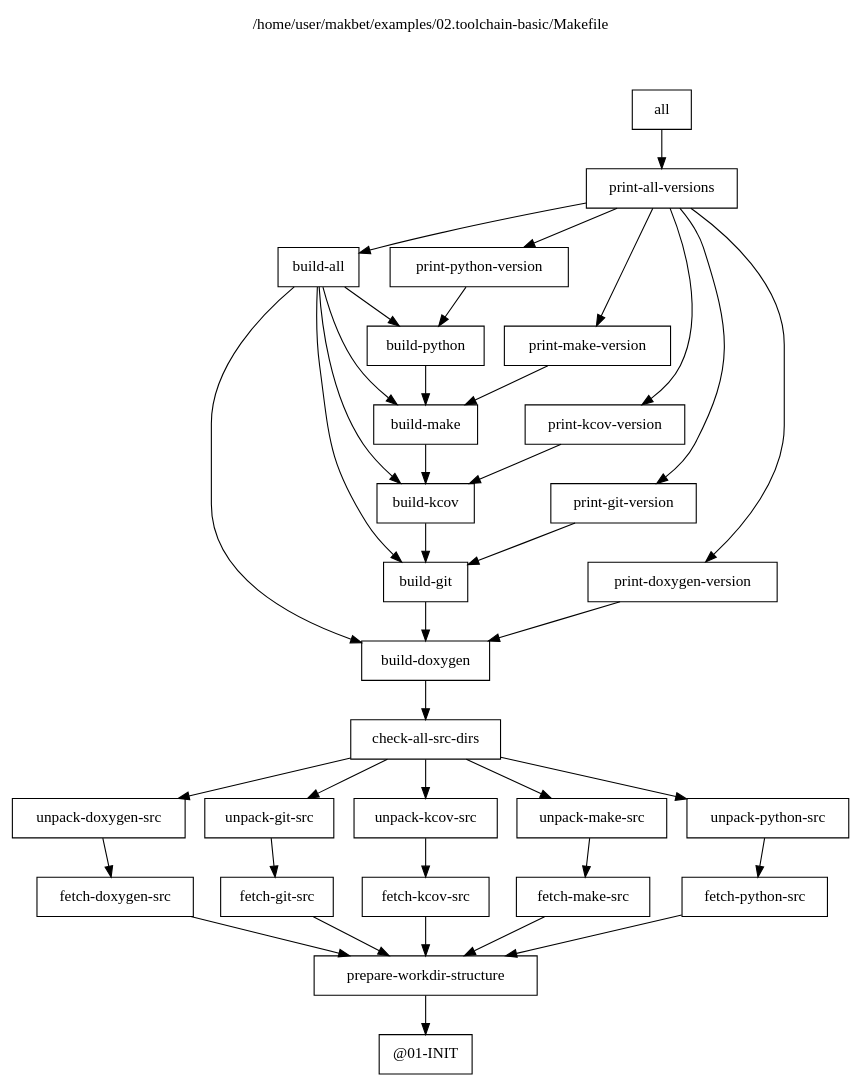
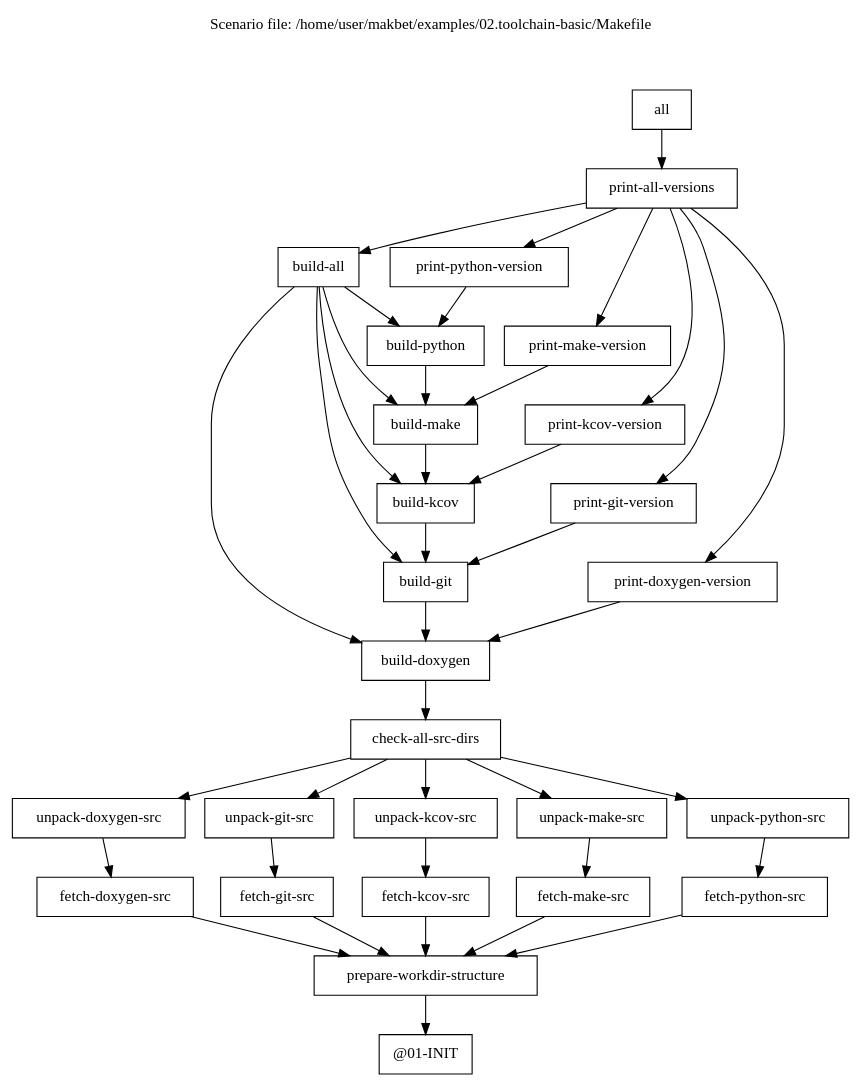
Before and after one commit to skaluzka/makbet: the diagram in docs/examples/02.toolchain-basic/results.dot, drawn with Graphviz. The commit also changed 11 other files, not shown here.

```diff
--- a/docs/examples/02.toolchain-basic/results.dot
+++ b/docs/examples/02.toolchain-basic/results.dot
@@ -1,82 +1,82 @@
 digraph {
 
 // This file has been generated by makbet heads/master-0-g88262d1
 // Generation date: Wed 19 Aug 2020 01:21:07 AM CEST
-// Input: /home/user/makbet/examples/02.toolchain-basic/Makefile
+// Scenario file: /home/user/makbet/examples/02.toolchain-basic/Makefile
 
 // Graph title.
 labelloc="t";
-label="/home/user/makbet/examples/02.toolchain-basic/Makefile\n\n\n\n"
+label="Scenario file: /home/user/makbet/examples/02.toolchain-basic/Makefile\n\n\n\n"
 
 // Node options.
 node [shape=box];
 
 "all" -> "print-all-versions";
 
 "build-all" -> "build-doxygen";
 "build-all" -> "build-git";
 "build-all" -> "build-kcov";
 "build-all" -> "build-make";
 "build-all" -> "build-python";
 
 "build-doxygen" -> "check-all-src-dirs";
 
 "build-git" -> "build-doxygen";
 
 "build-kcov" -> "build-git";
 
 "build-make" -> "build-kcov";
 
 "build-python" -> "build-make";
 
 "check-all-src-dirs" -> "unpack-doxygen-src";
 "check-all-src-dirs" -> "unpack-git-src";
 "check-all-src-dirs" -> "unpack-kcov-src";
 "check-all-src-dirs" -> "unpack-make-src";
 "check-all-src-dirs" -> "unpack-python-src";
 
 "fetch-doxygen-src" -> "prepare-workdir-structure";
 
 "fetch-git-src" -> "prepare-workdir-structure";
 
 "fetch-kcov-src" -> "prepare-workdir-structure";
 
 "fetch-make-src" -> "prepare-workdir-structure";
 
 "fetch-python-src" -> "prepare-workdir-structure";
 
 "@01-INIT";
 
 "prepare-workdir-structure" -> "@01-INIT";
 
 "print-all-versions" -> "build-all";
 "print-all-versions" -> "print-doxygen-version";
 "print-all-versions" -> "print-git-version";
 "print-all-versions" -> "print-kcov-version";
 "print-all-versions" -> "print-make-version";
 "print-all-versions" -> "print-python-version";
 
 "print-doxygen-version" -> "build-doxygen";
 
 "print-git-version" -> "build-git";
 
 "print-kcov-version" -> "build-kcov";
 
 "print-make-version" -> "build-make";
 
 "print-python-version" -> "build-python";
 
 "unpack-doxygen-src" -> "fetch-doxygen-src";
 
 "unpack-git-src" -> "fetch-git-src";
 
 "unpack-kcov-src" -> "fetch-kcov-src";
 
 "unpack-make-src" -> "fetch-make-src";
 
 "unpack-python-src" -> "fetch-python-src";
 
 }
 
 
 // End of file
```
